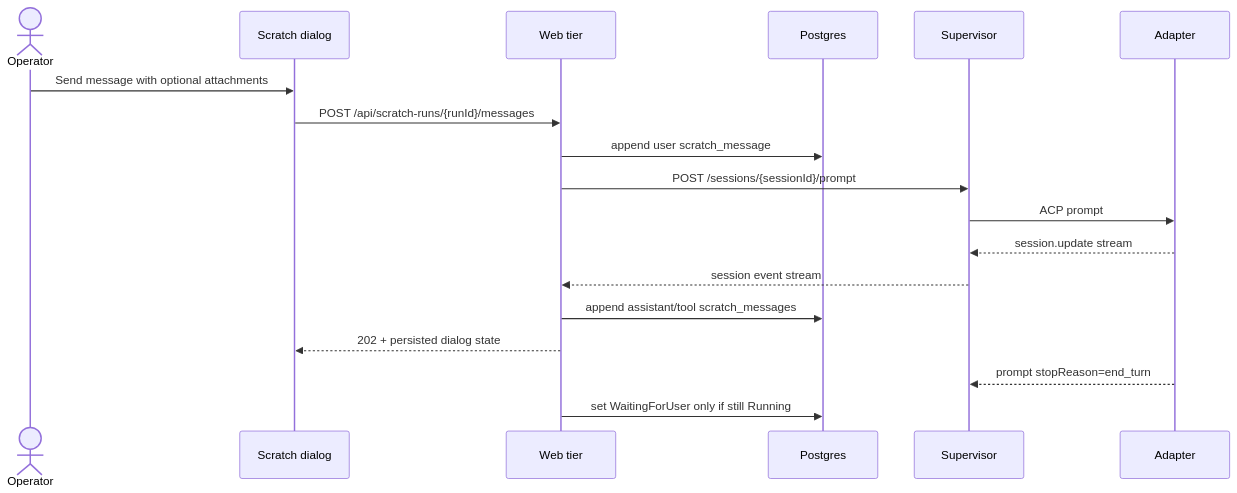
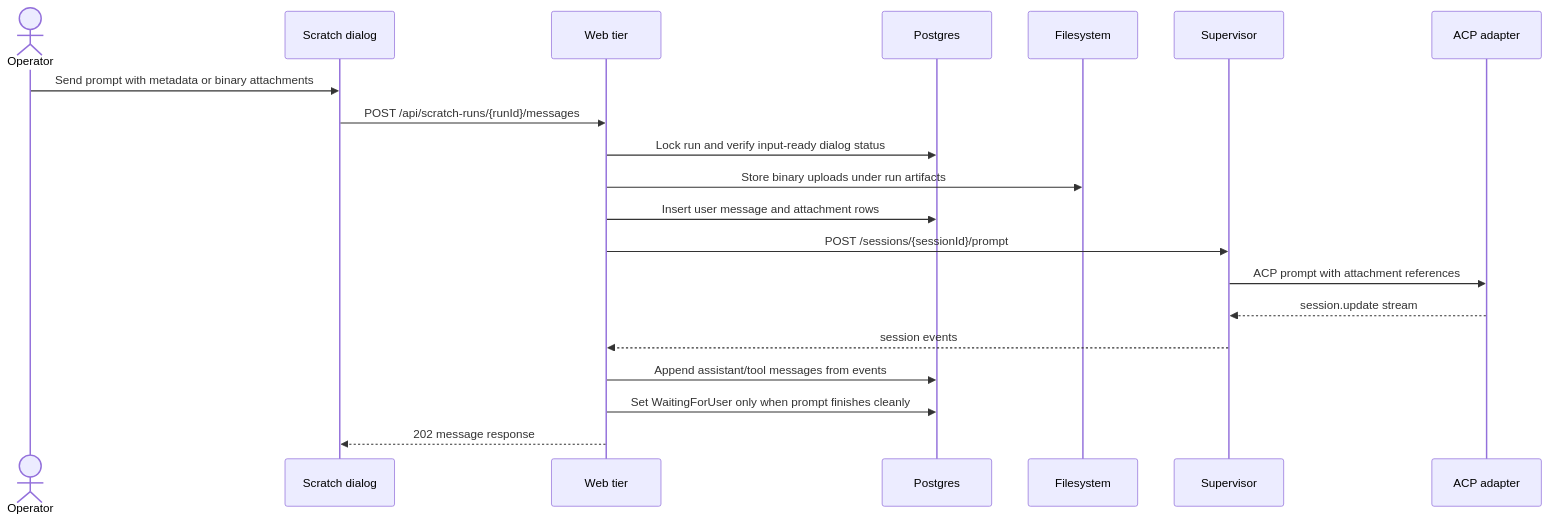
One commit to maister-dev/maister changed the third of 5 diagrams in docs/system-analytics/scratch-runs.md. Above: the diagram before and after it, drawn with Mermaid. The commit also changed other lines of this file and 46 other files, not shown here.

````diff
--- a/docs/system-analytics/scratch-runs.md
+++ b/docs/system-analytics/scratch-runs.md
@@ -155,21 +151,23 @@
 ```mermaid
 sequenceDiagram
     actor U as Operator
     participant UI as Scratch dialog
     participant W as Web tier
     participant DB as Postgres
+    participant FS as Filesystem
     participant SV as Supervisor
-    participant A as Adapter
+    participant A as ACP adapter
 
-    U->>UI: Send message with optional attachments
+    U->>UI: Send prompt with metadata or binary attachments
     UI->>W: POST /api/scratch-runs/{runId}/messages
-    W->>DB: append user scratch_message
+    W->>DB: Lock run and verify input-ready dialog status
+    W->>FS: Store binary uploads under run artifacts
+    W->>DB: Insert user message and attachment rows
     W->>SV: POST /sessions/{sessionId}/prompt
-    SV->>A: ACP prompt
+    SV->>A: ACP prompt with attachment references
     A-->>SV: session.update stream
-    SV-->>W: session event stream
-    W->>DB: append assistant/tool scratch_messages
-    W-->>UI: 202 + persisted dialog state
-    A-->>SV: prompt stopReason=end_turn
-    W->>DB: set WaitingForUser only if still Running
+    SV-->>W: session events
+    W->>DB: Append assistant/tool messages from events
+    W->>DB: Set WaitingForUser only when prompt finishes cleanly
+    W-->>UI: 202 message response
 ```
````
